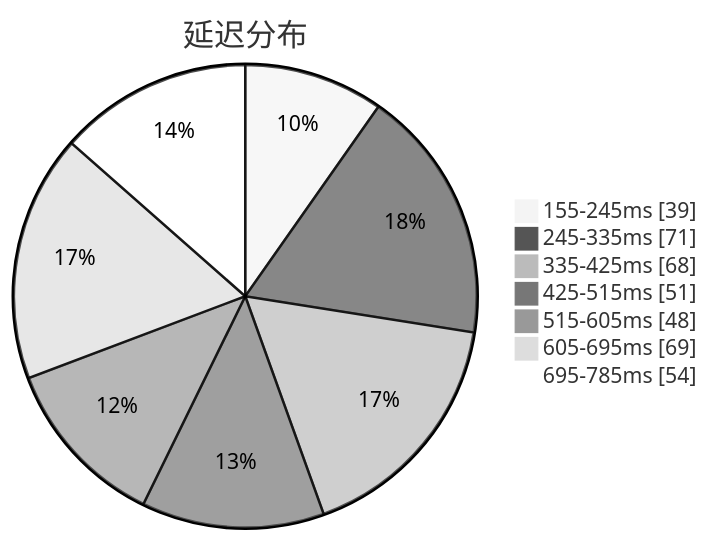
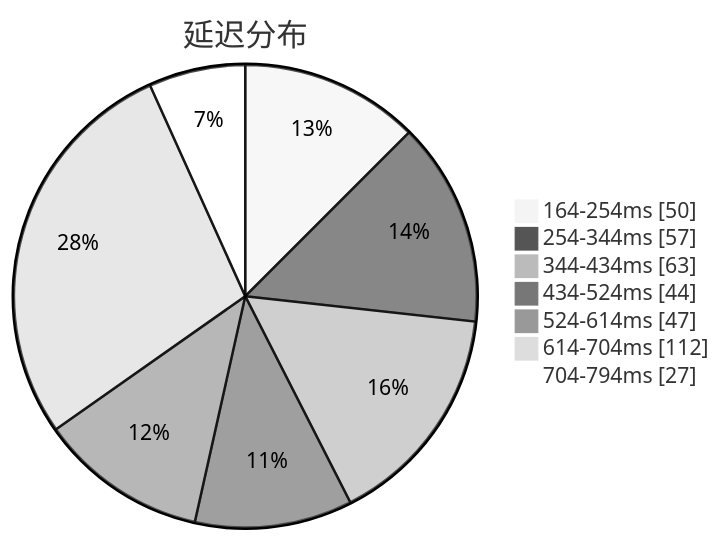
The first of 3 diagrams in subs/statistics/tested_within.md (qjlxg/airport), drawn with Mermaid (neutral theme) before and after one commit. The commit also changed other lines of this file and 2 other files, not shown here.

````diff
--- a/subs/statistics/tested_within.md
+++ b/subs/statistics/tested_within.md
@@ -2,11 +2,11 @@
 ```mermaid
 pie showData
 title 延迟分布
-"155-245ms" : 39
-"245-335ms" : 71
-"335-425ms" : 68
-"425-515ms" : 51
-"515-605ms" : 48
-"605-695ms" : 69
-"695-785ms" : 54
+"164-254ms" : 50
+"254-344ms" : 57
+"344-434ms" : 63
+"434-524ms" : 44
+"524-614ms" : 47
+"614-704ms" : 112
+"704-794ms" : 27
 ```
````
